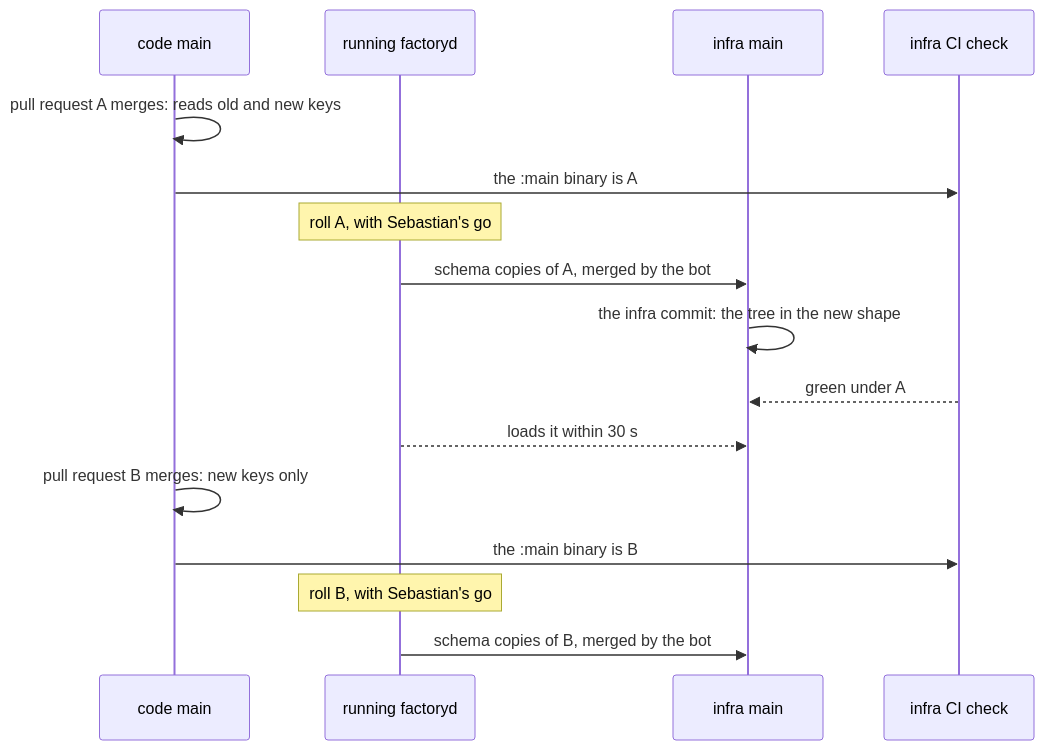
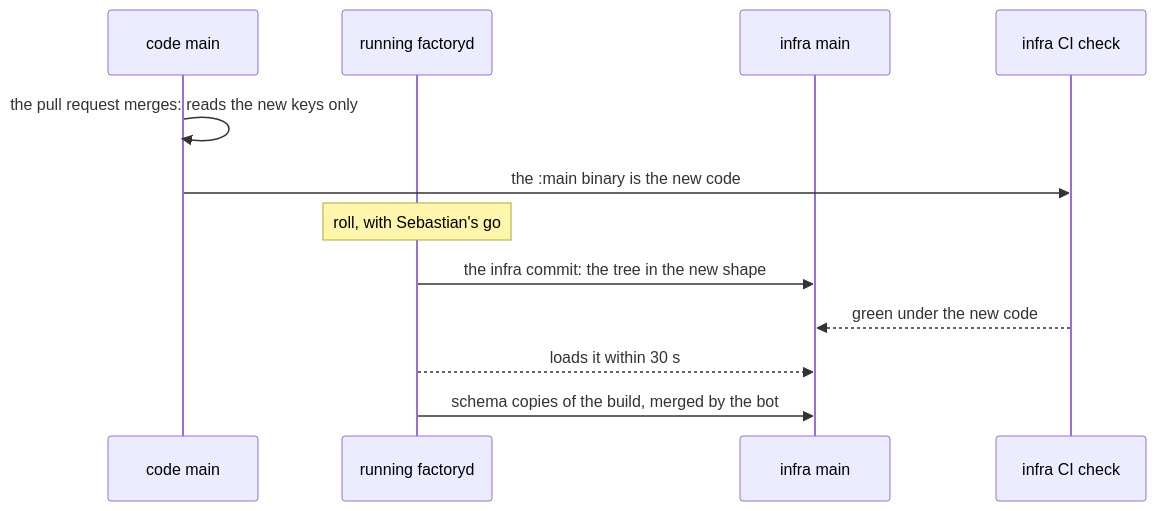
Before and after one commit to sebastianrueckerai/ai-software-factory: the diagram in docs/plans/2026-11-27-config-says-it-once.md, drawn with Mermaid. The commit also changed other lines of this file and 41 other files, not shown here.

Commit message:
plans: the nine plans carry Sebastian's decisions, Plan 6 is the cut of every agent's context with the forms kept and a freeze, and the map is regenerated on code main 9e84a5260

````diff
--- a/docs/plans/2026-11-27-config-says-it-once.md
+++ b/docs/plans/2026-11-27-config-says-it-once.md
@@ -44,18 +46,14 @@
 ```mermaid
 sequenceDiagram
     participant C as code main
     participant R as running factoryd
     participant I as infra main
     participant K as infra CI check
-    C->>C: pull request A merges: reads old and new keys
-    C->>K: the :main binary is A
-    Note over R: roll A, with Sebastian's go
-    R->>I: schema copies of A, merged by the bot
-    I->>I: the infra commit: the tree in the new shape
-    K-->>I: green under A
+    C->>C: the pull request merges: reads the new keys only
+    C->>K: the :main binary is the new code
+    Note over R: roll, with Sebastian's go
+    R->>I: the infra commit: the tree in the new shape
+    K-->>I: green under the new code
     R-->>I: loads it within 30 s
-    C->>C: pull request B merges: new keys only
-    C->>K: the :main binary is B
-    Note over R: roll B, with Sebastian's go
-    R->>I: schema copies of B, merged by the bot
+    R->>I: schema copies of the build, merged by the bot
 ```
````
